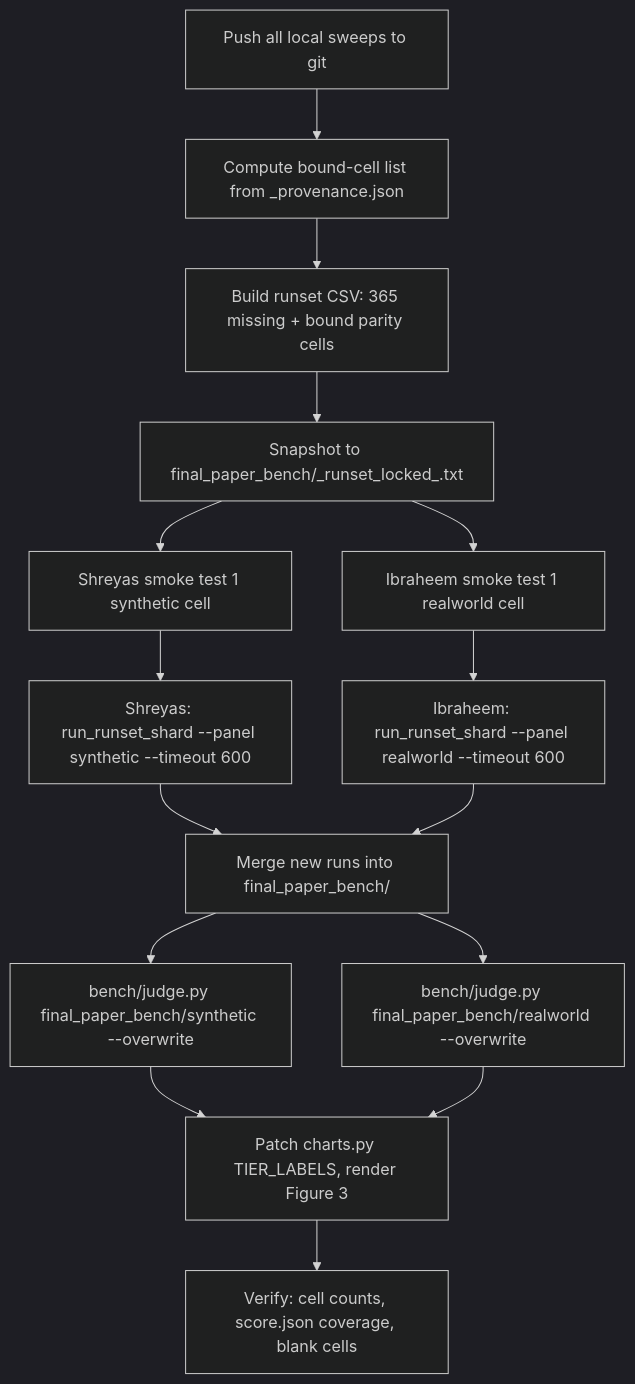
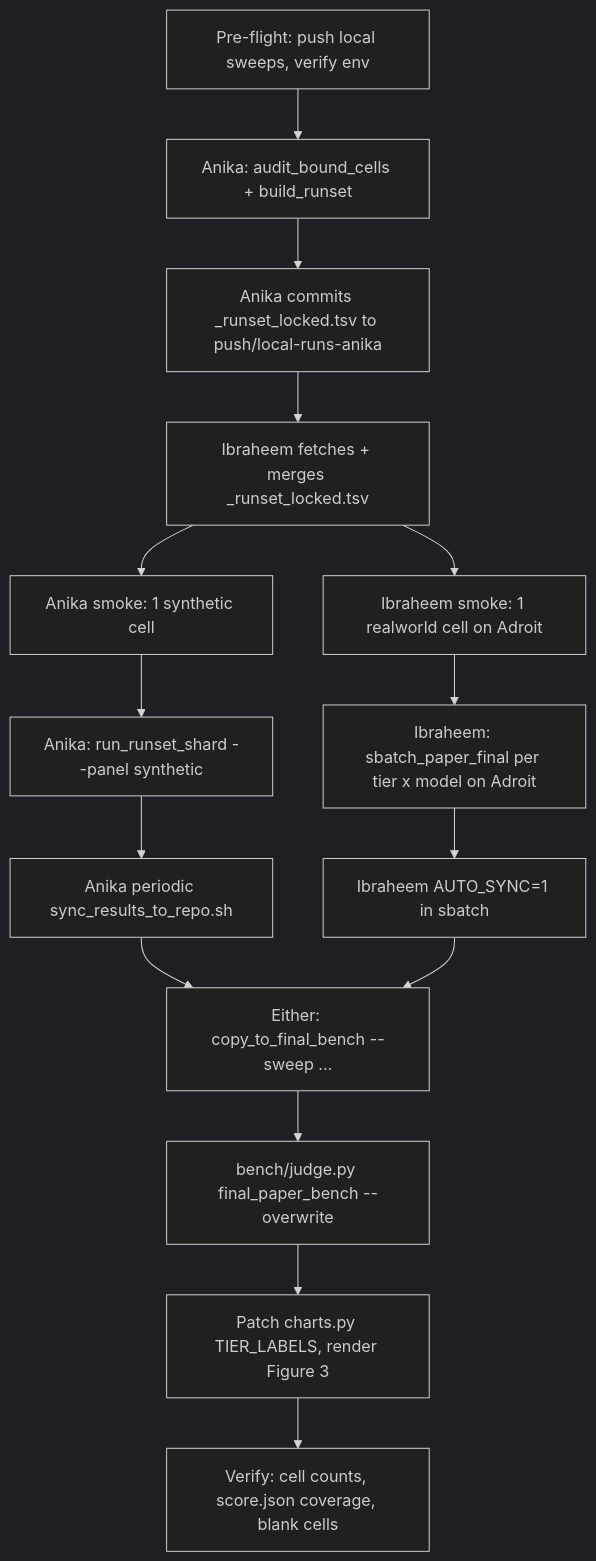
One commit to sgarimel/chatdbgpro changed the diagram in bench_execution_plan.md. Above: the diagram before and after it, drawn with Mermaid (dark theme). The commit also changed other lines of this file and 8 other files, not shown here.

````diff
--- a/bench_execution_plan.md
+++ b/bench_execution_plan.md
@@ -66,17 +76,17 @@
 ```mermaid
 flowchart TD
-    A[Push all local sweeps to git] --> B[Compute bound-cell list from _provenance.json]
-    B --> C[Build runset CSV: 365 missing + bound parity cells]
-    C --> D[Snapshot to final_paper_bench/_runset_locked_<date>.txt]
-    D --> S1[Shreyas smoke test 1 synthetic cell]
-    D --> S2[Ibraheem smoke test 1 realworld cell]
-    S1 --> R1[Shreyas: run_runset_shard --panel synthetic --timeout 600]
-    S2 --> R2[Ibraheem: run_runset_shard --panel realworld --timeout 600]
-    R1 --> M[Merge new runs into final_paper_bench/]
-    R2 --> M
-    M --> J[bench/judge.py final_paper_bench/synthetic --overwrite]
-    M --> J2[bench/judge.py final_paper_bench/realworld --overwrite]
+    A[Pre-flight: push local sweeps, verify env] --> B[Anika: audit_bound_cells + build_runset]
+    B --> C[Anika commits _runset_locked.tsv to push/local-runs-anika]
+    C --> D[Ibraheem fetches + merges _runset_locked.tsv]
+    D --> S1[Anika smoke: 1 synthetic cell]
+    D --> S2[Ibraheem smoke: 1 realworld cell on Adroit]
+    S1 --> R1[Anika: run_runset_shard --panel synthetic]
+    S2 --> R2[Ibraheem: sbatch_paper_final per tier x model on Adroit]
+    R1 --> P1[Anika periodic sync_results_to_repo.sh]
+    R2 --> P2[Ibraheem AUTO_SYNC=1 in sbatch]
+    P1 --> M[Either: copy_to_final_bench --sweep ...]
+    P2 --> M
+    M --> J[bench/judge.py final_paper_bench --overwrite]
     J --> F[Patch charts.py TIER_LABELS, render Figure 3]
-    J2 --> F
     F --> V[Verify: cell counts, score.json coverage, blank cells]
 ```
````
